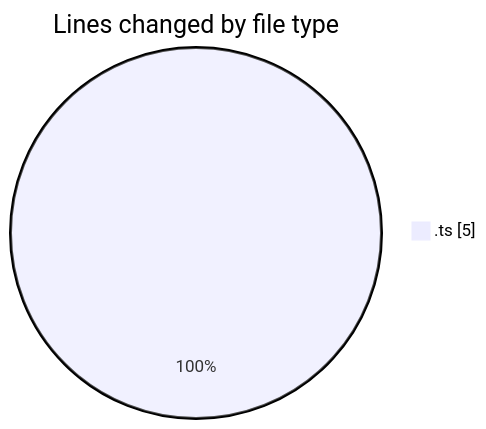
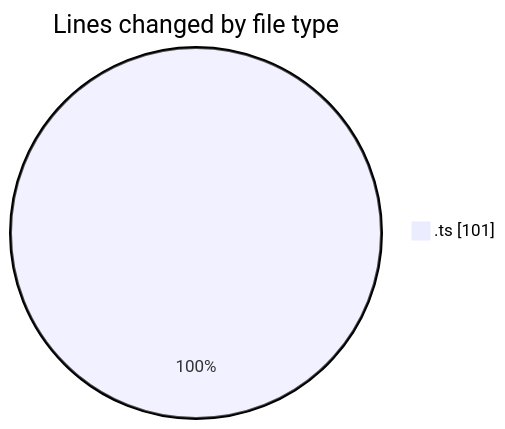
The first of 2 diagrams in 2025-09-12/cda/README.md (momahboobian/code-tracking), drawn with Mermaid before and after one commit. The commit also changed other lines of this file and 1 other file, not shown here.

````diff
--- a/2025-09-12/cda/README.md
+++ b/2025-09-12/cda/README.md
@@ -20,5 +21,5 @@
 ```mermaid
 pie showData
 title Lines changed by file type
-".ts" : 5
+".ts" : 101
 ```
````
